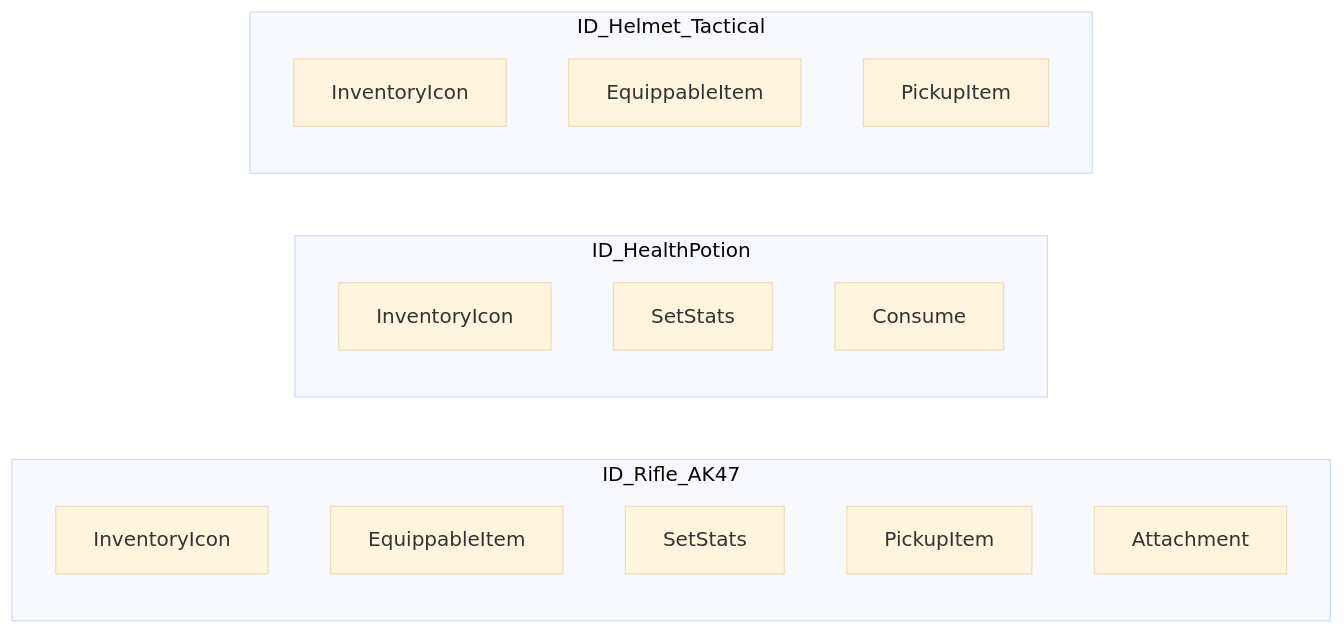
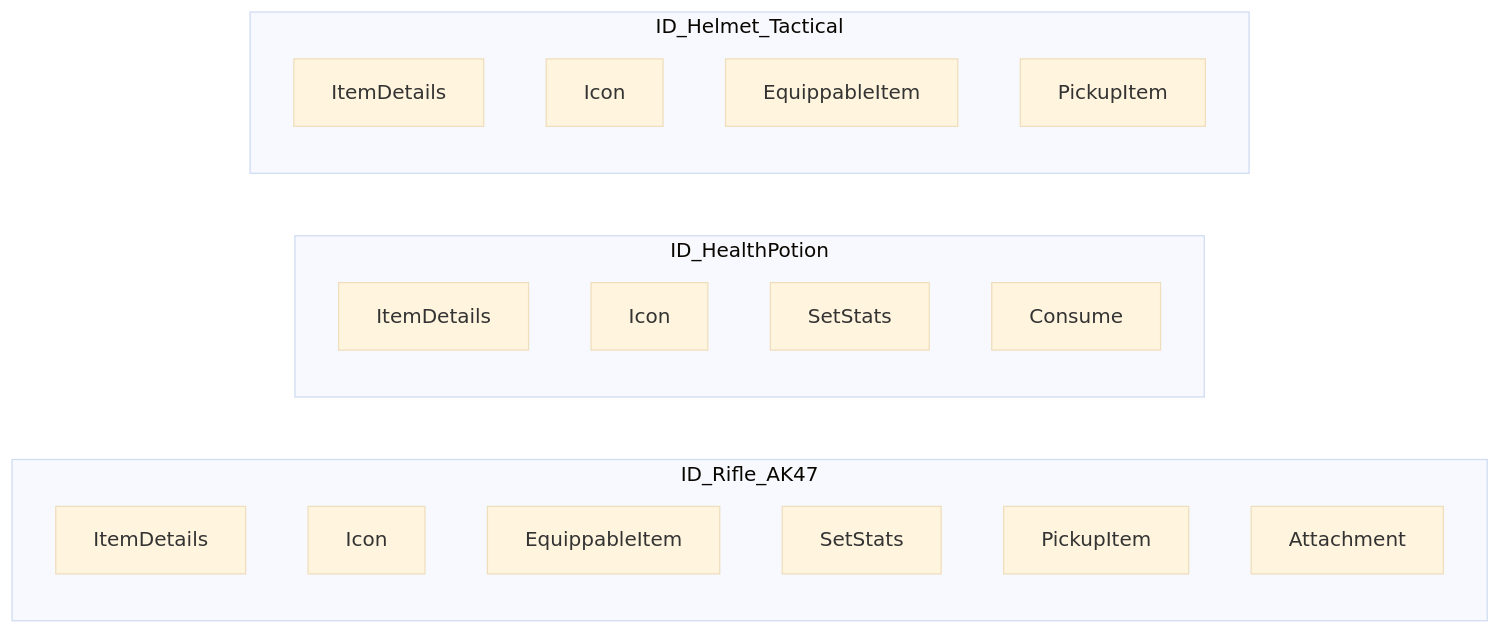
The diagram in outliyr-framework/docs/base-lyra-modified/items/items-and-fragments/item-fragments.md (outliyr/outliyr-docs), drawn with Mermaid (base theme) before and after one commit. The commit also changed other lines of this file and 58 other files, not shown here.

````diff
--- a/outliyr-framework/docs/base-lyra-modified/items/items-and-fragments/item-fragments.md
+++ b/outliyr-framework/docs/base-lyra-modified/items/items-and-fragments/item-fragments.md
@@ -5,25 +5,28 @@
 ```mermaid
 flowchart LR
     subgraph Rifle["ID_Rifle_AK47"]
         direction TB
-        R1[InventoryIcon]
-        R2[EquippableItem]
-        R3[SetStats]
-        R4[PickupItem]
-        R5[Attachment]
+        R1[ItemDetails]
+        R2[Icon]
+        R3[EquippableItem]
+        R4[SetStats]
+        R5[PickupItem]
+        R6[Attachment]
     end
 
     subgraph Potion["ID_HealthPotion"]
         direction TB
-        P1[InventoryIcon]
-        P2[SetStats]
-        P3[Consume]
+        P1[ItemDetails]
+        P2[Icon]
+        P3[SetStats]
+        P4[Consume]
     end
 
     subgraph Helmet["ID_Helmet_Tactical"]
         direction TB
-        H1[InventoryIcon]
-        H2[EquippableItem]
-        H3[PickupItem]
+        H1[ItemDetails]
+        H2[Icon]
+        H3[EquippableItem]
+        H4[PickupItem]
     end
 ```
````
